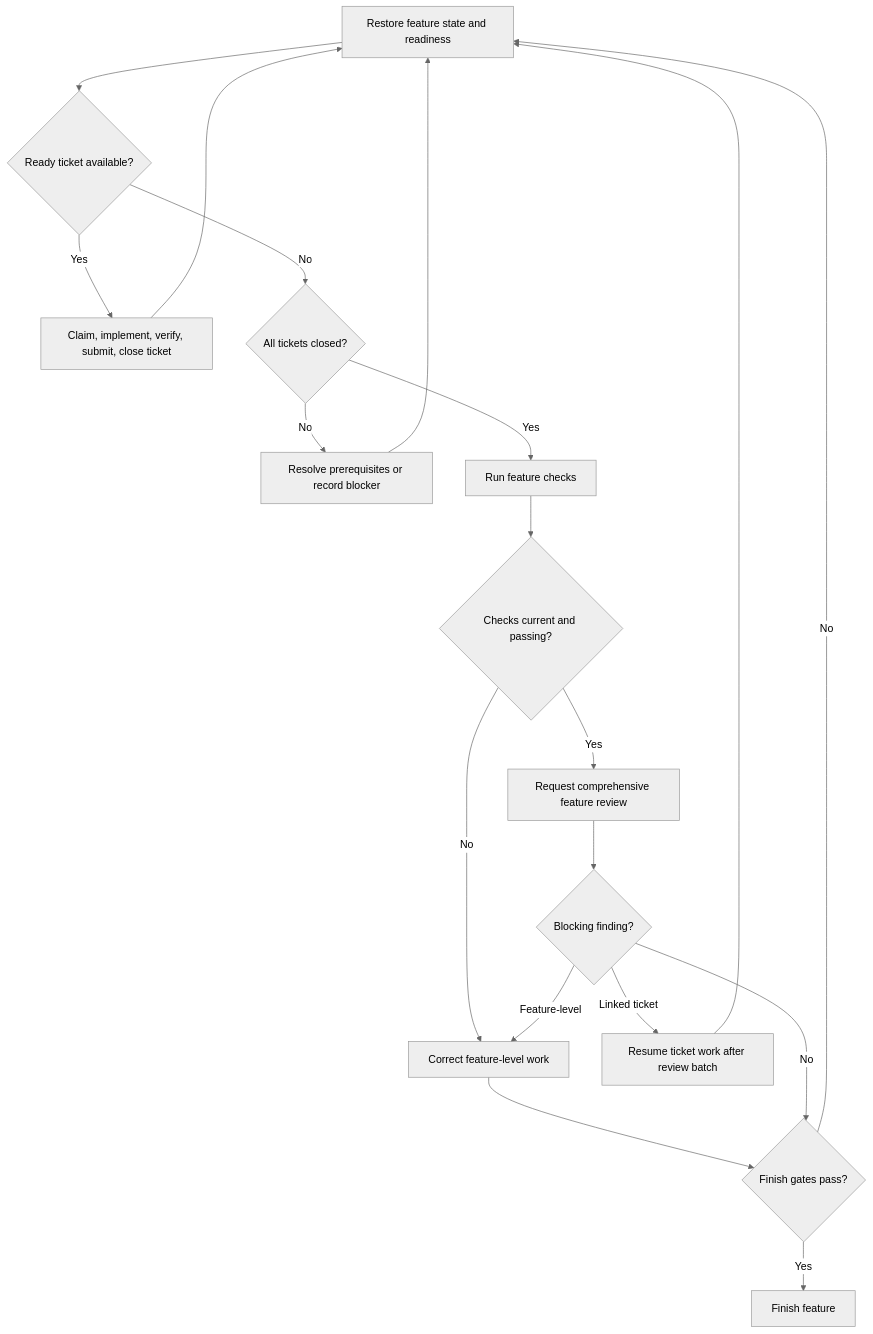
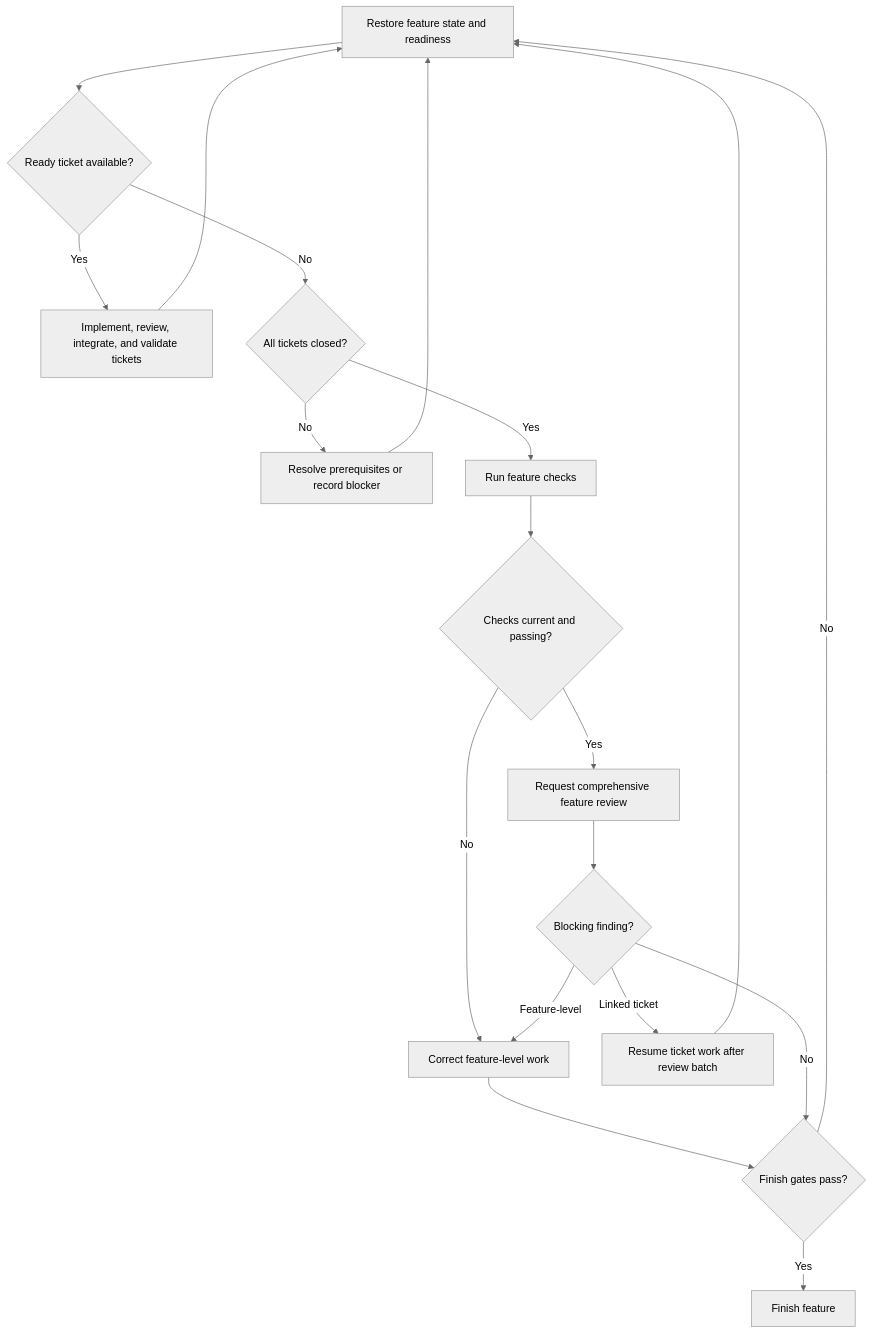
The diagram in src/Assets/Blueprints/skills/int-subagent-driven-dev/SKILL.md (UseTheFork/spindle), drawn with Mermaid (neutral theme) before and after one commit. The commit also changed other lines of this file and 73 other files, not shown here.

````diff
--- a/src/Assets/Blueprints/skills/int-subagent-driven-dev/SKILL.md
+++ b/src/Assets/Blueprints/skills/int-subagent-driven-dev/SKILL.md
@@ -20,21 +18,21 @@
 ```mermaid
 flowchart TD
     A[Restore feature state and readiness] --> B{Ready ticket available?}
-    B -- Yes --> C[Claim, implement, verify, submit, close ticket]
+    B -- Yes --> C[Implement, review, integrate, and validate tickets]
     C --> A
     B -- No --> D{All tickets closed?}
     D -- No --> E[Resolve prerequisites or record blocker]
     E --> A
     D -- Yes --> F[Run feature checks]
     F --> G{Checks current and passing?}
     G -- No --> K[Correct feature-level work]
     G -- Yes --> H[Request comprehensive feature review]
     H --> I{Blocking finding?}
     I -- Linked ticket --> J[Resume ticket work after review batch]
     J --> A
     I -- Feature-level --> K
     K --> L
     I -- No --> L{Finish gates pass?}
     L -- No --> A
     L -- Yes --> M[Finish feature]
 ```
````
